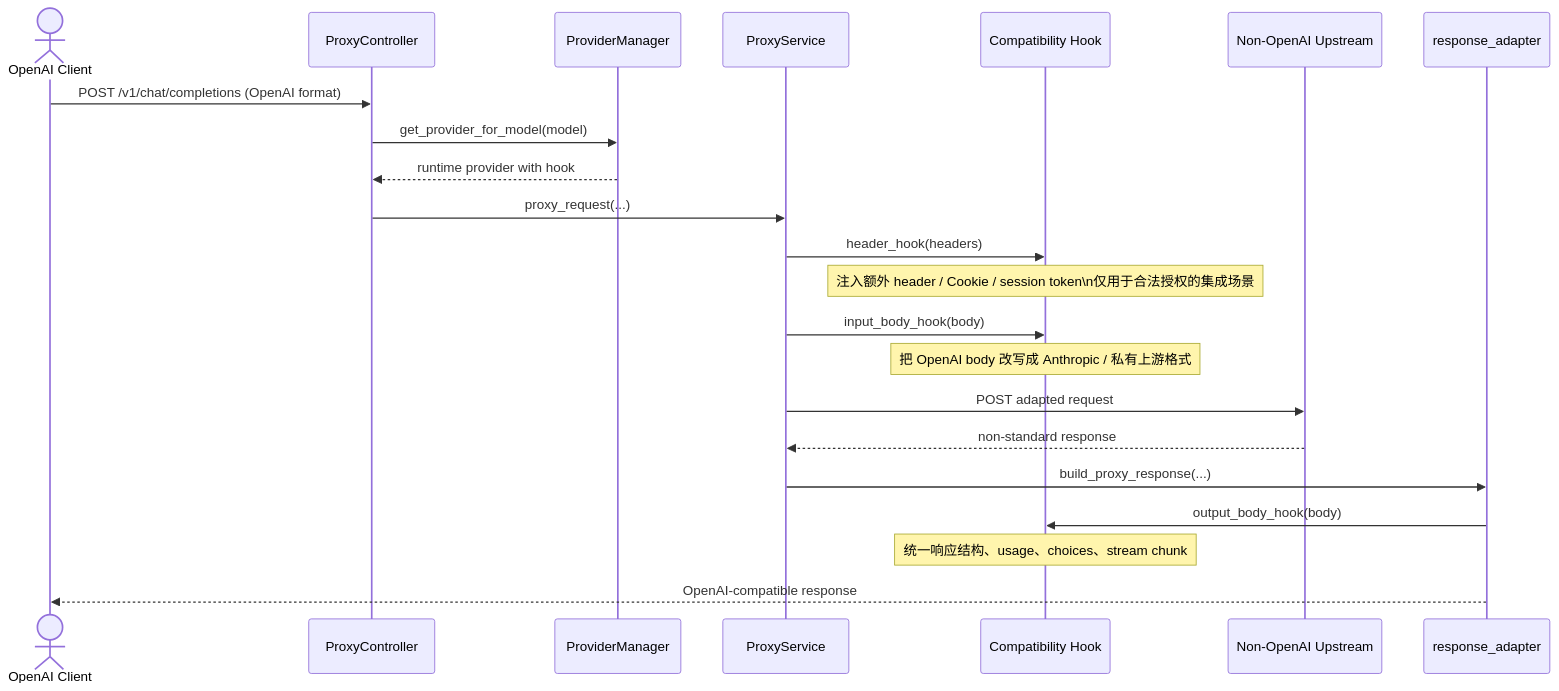
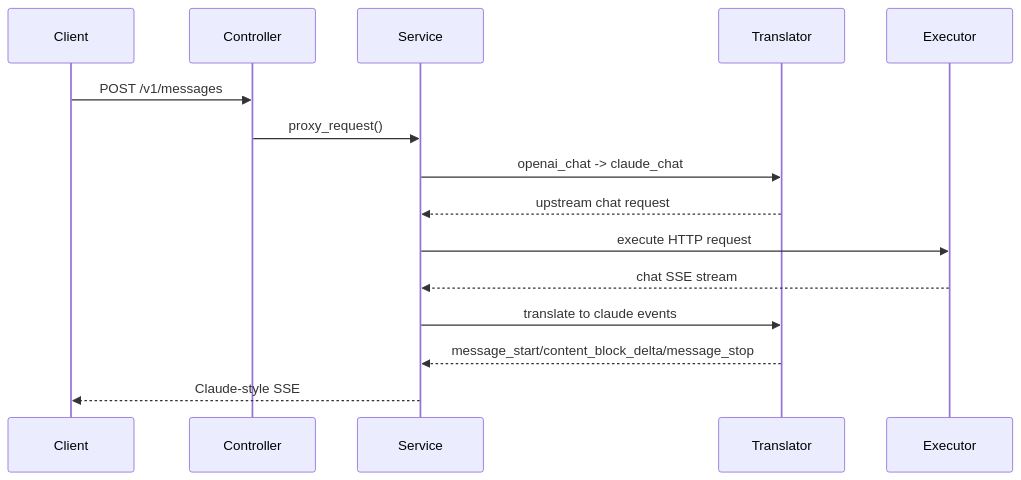
The second of 2 diagrams in docs/architecture-4plus1.md (VonSdite/LLM_Proxy), drawn with Mermaid before and after one commit. The commit also changed other lines of this file and 42 other files, not shown here.

First line of the commit message:
refactor: simplify proxy architecture around openai claude codex

````diff
--- a/docs/architecture-4plus1.md
+++ b/docs/architecture-4plus1.md
@@ -404,25 +226,18 @@
 ```mermaid
 sequenceDiagram
-    actor Client as OpenAI Client
-    participant ProxyCtl as ProxyController
-    participant ProviderMgr as ProviderManager
-    participant ProxySvc as ProxyService
-    participant Hook as Compatibility Hook
-    participant Upstream as Non-OpenAI Upstream
-    participant Adapter as response_adapter
+    participant Client
+    participant Controller
+    participant Service
+    participant Translator
+    participant Executor
 
-    Client->>ProxyCtl: POST /v1/chat/completions (OpenAI format)
-    ProxyCtl->>ProviderMgr: get_provider_for_model(model)
-    ProviderMgr-->>ProxyCtl: runtime provider with hook
-    ProxyCtl->>ProxySvc: proxy_request(...)
-    ProxySvc->>Hook: header_hook(headers)
-    Note over Hook: 注入额外 header / Cookie / session token\n仅用于合法授权的集成场景
-    ProxySvc->>Hook: input_body_hook(body)
-    Note over Hook: 把 OpenAI body 改写成 Anthropic / 私有上游格式
-    ProxySvc->>Upstream: POST adapted request
-    Upstream-->>ProxySvc: non-standard response
-    ProxySvc->>Adapter: build_proxy_response(...)
-    Adapter->>Hook: output_body_hook(body)
-    Note over Hook: 统一响应结构、usage、choices、stream chunk
-    Adapter-->>Client: OpenAI-compatible response
+    Client->>Controller: POST /v1/messages
+    Controller->>Service: proxy_request()
+    Service->>Translator: openai_chat -> claude_chat
+    Translator-->>Service: upstream chat request
+    Service->>Executor: execute HTTP request
+    Executor-->>Service: chat SSE stream
+    Service->>Translator: translate to claude events
+    Translator-->>Service: message_start/content_block_delta/message_stop
+    Service-->>Client: Claude-style SSE
 ```
````
